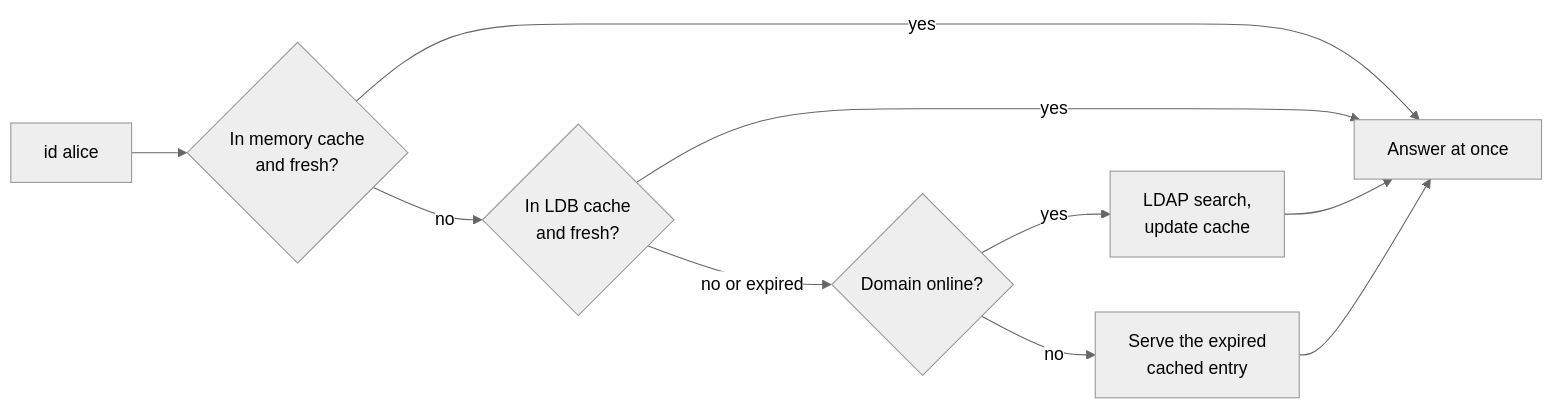
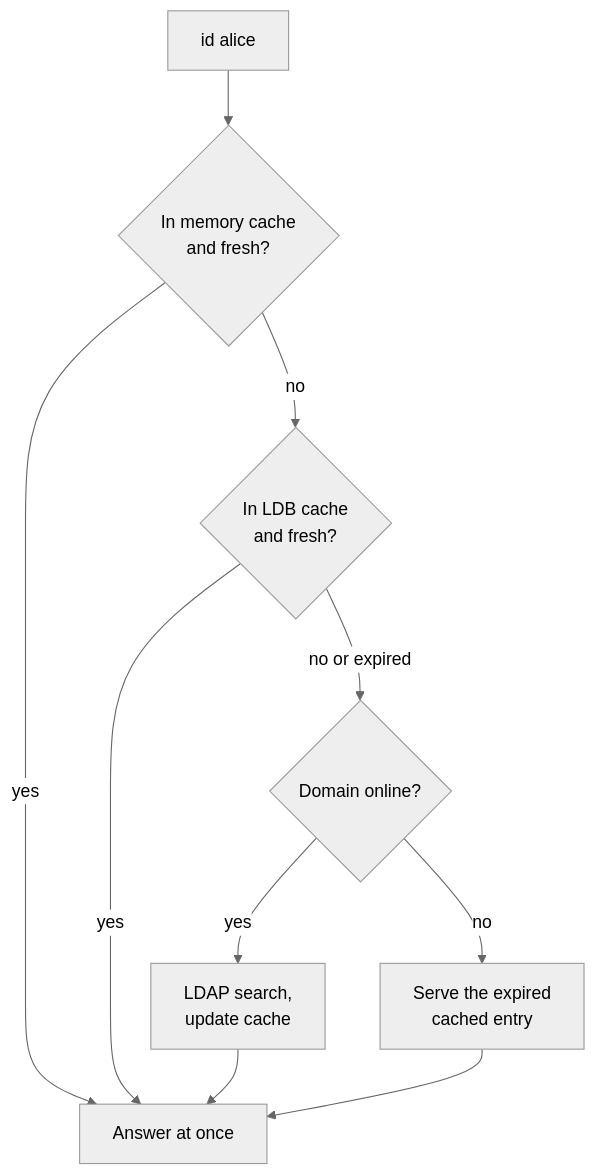
Before and after one commit to ssimpson89/LinuxTrainingCourse: the second of 4 diagrams in content/26-centralized-identity.md, drawn with Mermaid (neutral theme). The commit also changed 23 other files, not shown here.

First line of the commit message:
Make long flowcharts vertical and replace timelines for readability

````diff
--- a/content/26-centralized-identity.md
+++ b/content/26-centralized-identity.md
@@ -346,10 +346,10 @@
 ```mermaid
-flowchart LR
+flowchart TB
     Q["id alice"] --> MC{"In memory cache<br/>and fresh?"}
     MC -- yes --> A["Answer at once"]
     MC -- no --> LDB{"In LDB cache<br/>and fresh?"}
     LDB -- yes --> A
     LDB -- "no or expired" --> ON{"Domain online?"}
     ON -- yes --> LDAP["LDAP search,<br/>update cache"] --> A
     ON -- no --> STALE["Serve the expired<br/>cached entry"] --> A
 ```
````
